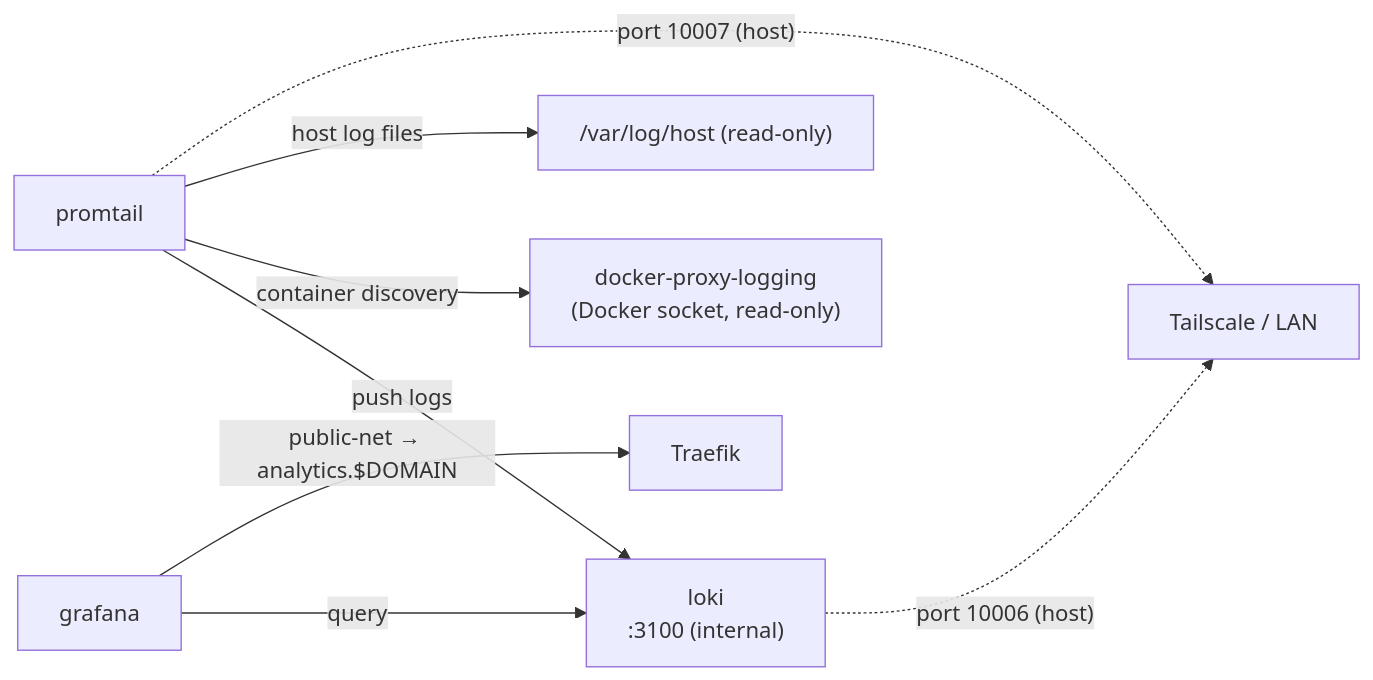
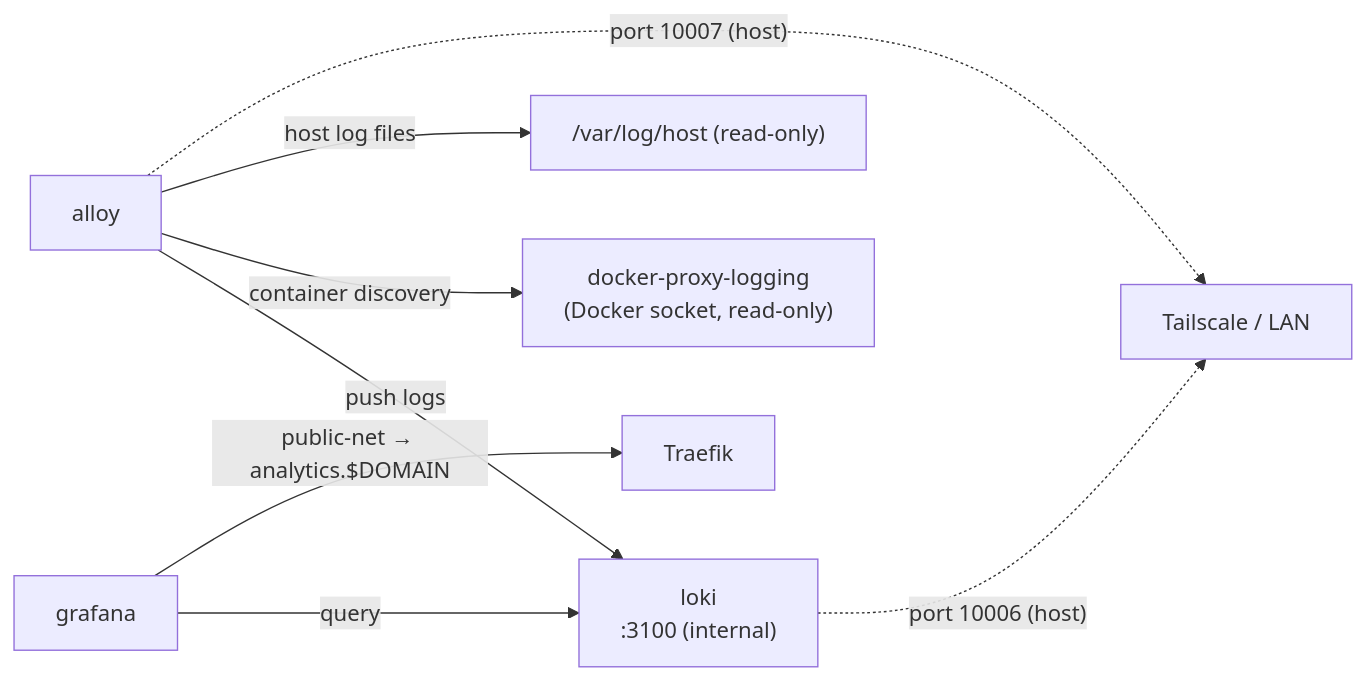
The diagram in stacks/logging/README.md (heldertheking/infrastructure), drawn with Mermaid before and after one commit. The commit also changed other lines of this file and 3 other files, not shown here.

Commit message:
refactor(logging): replace Promtail with Alloy, add memory limits to Loki and Alloy

````diff
--- a/stacks/logging/README.md
+++ b/stacks/logging/README.md
@@ -16,12 +16,12 @@
 ```mermaid
 flowchart LR
-    Promtail["promtail"] -->|"push logs"| Loki["loki\n:3100 (internal)"]
-    Promtail -->|"container discovery"| DockerProxy["docker-proxy-logging\n(Docker socket, read-only)"]
-    Promtail -->|"host log files"| HostLogs["/var/log/host (read-only)"]
+    Alloy["alloy"] -->|"push logs"| Loki["loki\n:3100 (internal)"]
+    Alloy -->|"container discovery"| DockerProxy["docker-proxy-logging\n(Docker socket, read-only)"]
+    Alloy -->|"host log files"| HostLogs["/var/log/host (read-only)"]
 
     Grafana["grafana"] -->|"query"| Loki
     Grafana -->|"public-net → analytics.$DOMAIN"| Traefik["Traefik"]
 
     Loki -.->|"port 10006 (host)"| Tailnet["Tailscale / LAN"]
-    Promtail -.->|"port 10007 (host)"| Tailnet
+    Alloy -.->|"port 10007 (host)"| Tailnet
 ```
````
